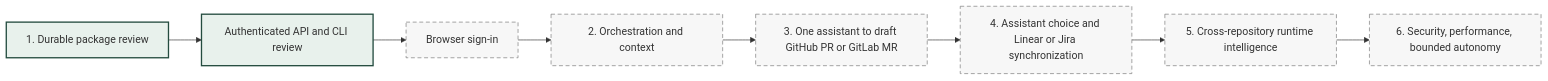
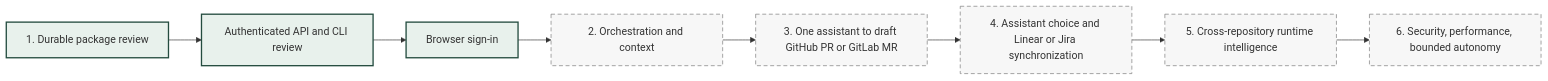
Before and after one commit to phenixrizen/conductor: the fourth of 4 diagrams in docs/architecture/system.md, drawn with Mermaid. The commit also changed other lines of this file and 16 other files, not shown here.

````diff
--- a/docs/architecture/system.md
+++ b/docs/architecture/system.md
@@ -164,15 +168,15 @@
 ```mermaid
 flowchart LR
     M1[1. Durable package review] --> Access[Authenticated API and CLI review]
     Access --> Browser[Browser sign-in]
     Browser --> M2[2. Orchestration and context]
     M2 --> M3[3. One assistant to draft GitHub PR or GitLab MR]
     M3 --> M4[4. Assistant choice and Linear or Jira synchronization]
     M4 --> M5[5. Cross-repository runtime intelligence]
     M5 --> M6[6. Security, performance, bounded autonomy]
 
     classDef active fill:#e8f1ec,stroke:#244c3f,stroke-width:2px;
     classDef planned fill:#f7f7f7,stroke:#777,stroke-dasharray:6 4;
-    class M1,Access active;
-    class Browser,M2,M3,M4,M5,M6 planned;
+    class M1,Access,Browser active;
+    class M2,M3,M4,M5,M6 planned;
 ```
````
